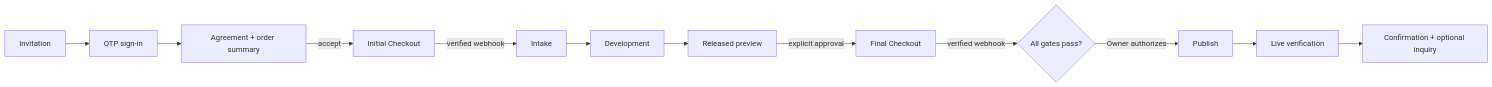
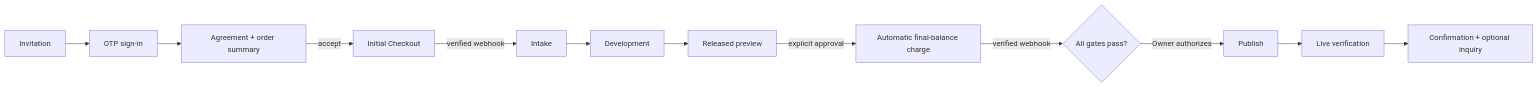
One commit to sjr425151-collab/spotlight-client-portal changed the diagram in docs/01-PROJECT-OVERVIEW.md. Above: the diagram before and after it, drawn with Mermaid. The commit also changed other lines of this file and 11 other files, not shown here.

First line of the commit message:
docs: authorized automatic final-balance collection (OI-17 revised)

````diff
--- a/docs/01-PROJECT-OVERVIEW.md
+++ b/docs/01-PROJECT-OVERVIEW.md
@@ -55,10 +55,10 @@
 ```mermaid
 flowchart LR
   A[Invitation] --> B[OTP sign-in] --> C[Agreement + order summary]
   C -->|accept| D[Initial Checkout]
   D -->|verified webhook| E[Intake]
   E --> F[Development] --> G[Released preview]
-  G -->|explicit approval| H[Final Checkout]
+  G -->|explicit approval| H[Automatic final-balance charge]
   H -->|verified webhook| I{All gates pass?}
   I -->|Owner authorizes| J[Publish] --> K[Live verification] --> L[Confirmation + optional inquiry]
 ```
````
